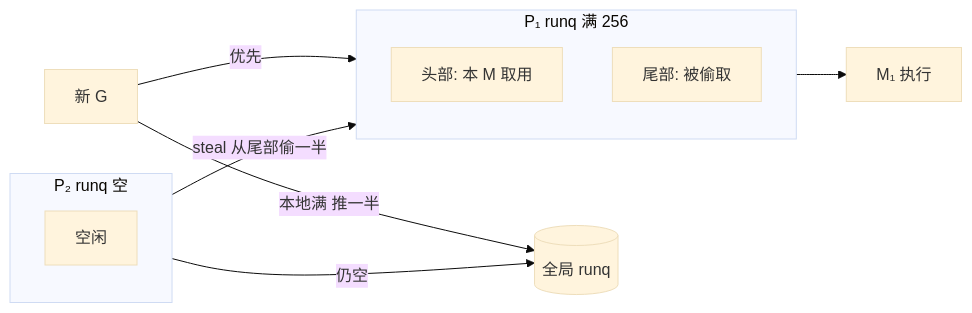
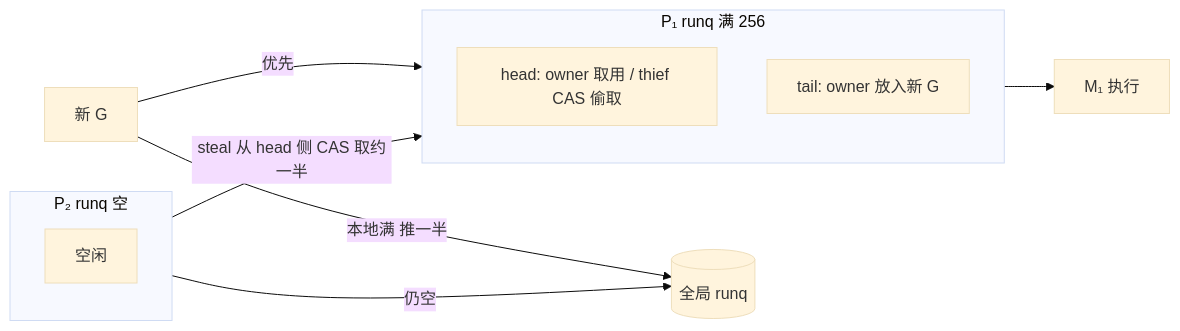
Before and after one commit to twodog-tt/Golang-development-manual: the fourth of 8 diagrams in docs/interview/01-runtime-concurrency/S-CONC-01-gmp-overview.md, drawn with Mermaid (base theme). The commit also changed other lines of this file and 438 other files, not shown here.

````diff
--- a/docs/interview/01-runtime-concurrency/S-CONC-01-gmp-overview.md
+++ b/docs/interview/01-runtime-concurrency/S-CONC-01-gmp-overview.md
@@ -148,18 +147,18 @@
 ```mermaid
 flowchart LR
   subgraph P1[P₁ runq 满 256]
     direction TB
-    H1[头部: 本 M 取用]
-    T1[尾部: 被偷取]
+    H1[head: owner 取用 / thief CAS 偷取]
+    T1[tail: owner 放入新 G]
   end
   subgraph P2[P₂ runq 空]
     direction TB
     E2[空闲]
   end
   Global[(全局 runq)]
   NewG[新 G] -->|优先| P1
   NewG -->|本地满 推一半| Global
-  P2 -->|steal 从尾部偷一半| T1
+  P2 -->|steal 从 head 侧 CAS 取约一半| H1
   P2 -->|仍空| Global
   H1 --> M1[M₁ 执行]
 ```
````
